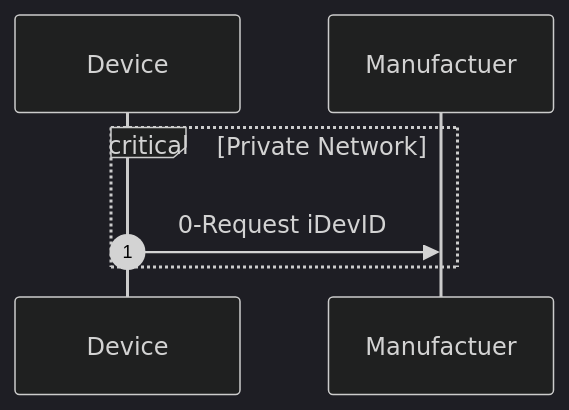
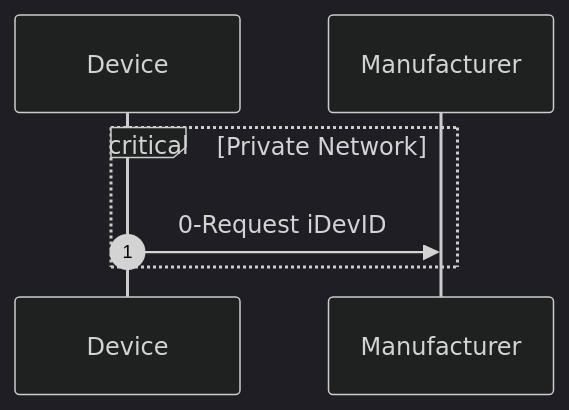
Before and after one commit to nqminds/trustnetz: the first of 6 diagrams in packages/docusaurus/docs/build5-docs/20-prot-overview.md, drawn with Mermaid (dark theme). The commit also changed other lines of this file and 11 other files, not shown here.

````diff
--- a/packages/docusaurus/docs/build5-docs/20-prot-overview.md
+++ b/packages/docusaurus/docs/build5-docs/20-prot-overview.md
@@ -42,7 +42,7 @@
 ```mermaid
 sequenceDiagram
 autonumber
     critical Private Network
-    	Device->>Manufactuer: 0-Request iDevID
+    	Device->>Manufacturer: 0-Request iDevID
     end
 ```
````
